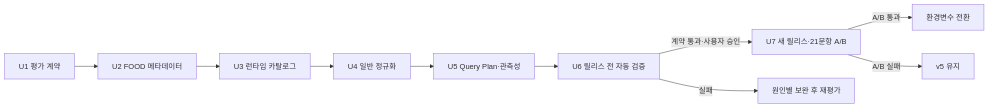
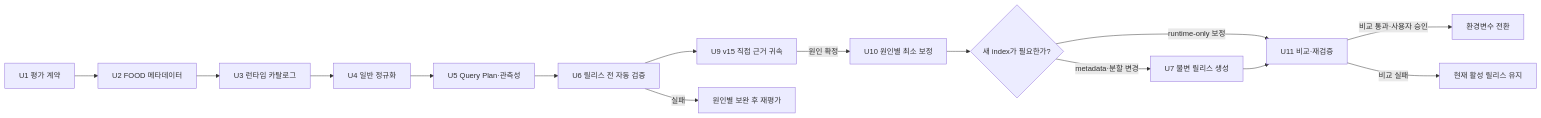
Before and after one commit to AI-HealthCare-05/AH_05_05: the third of 3 diagrams in docs/plans/2026-09-08-1739-fix-source-backed-food-expression-resolution-plan.md, drawn with Mermaid. The commit also changed other lines of this file and 16 other files, not shown here.

````diff
--- a/docs/plans/2026-09-08-1739-fix-source-backed-food-expression-resolution-plan.md
+++ b/docs/plans/2026-09-08-1739-fix-source-backed-food-expression-resolution-plan.md
@@ -312,12 +376,17 @@
 ```mermaid
 flowchart LR
     U1["U1 평가 계약"] --> U2["U2 FOOD 메타데이터"]
     U2 --> U3["U3 런타임 카탈로그"]
     U3 --> U4["U4 일반 정규화"]
     U4 --> U5["U5 Query Plan·관측성"]
     U5 --> U6["U6 릴리스 전 자동 검증"]
-    U6 -->|계약 통과·사용자 승인| U7["U7 새 릴리스·21문항 A/B"]
+    U6 --> U9["U9 v15 직접 근거 귀속"]
+    U9 -->|원인 확정| U10["U10 원인별 최소 보정"]
+    U10 --> INDEX{"새 index가 필요한가?"}
+    INDEX -->|metadata·분할 변경| U7["U7 불변 릴리스 생성"]
+    INDEX -->|runtime-only 보정| U11["U11 비교·재검증"]
+    U7 --> U11
     U6 -->|실패| FIX["원인별 보완 후 재평가"]
-    U7 -->|A/B 통과| ACT["환경변수 전환"]
-    U7 -->|A/B 실패| KEEP["v5 유지"]
+    U11 -->|비교 통과·사용자 승인| ACT["환경변수 전환"]
+    U11 -->|비교 실패| KEEP["현재 활성 릴리스 유지"]
 ```
````
